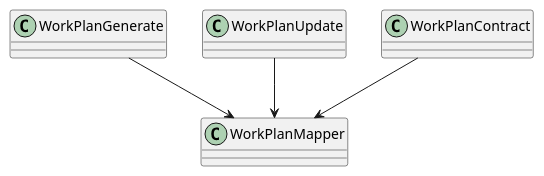
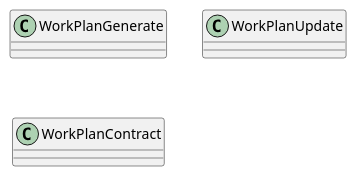
Before and after one commit to lucky-chen/ai_workflow_travel: the first of 4 diagrams in project_layer/docs/breakdown_docs/work_design.md, drawn with PlantUML. The commit also changed other lines of this file and 16 other files, not shown here.

````diff
--- a/project_layer/docs/breakdown_docs/work_design.md
+++ b/project_layer/docs/breakdown_docs/work_design.md
@@ -47,12 +49,7 @@
 ```plantuml
 @startuml
 class WorkPlanGenerate
 class WorkPlanUpdate
 class WorkPlanContract
-class WorkPlanMapper
-
-WorkPlanGenerate --> WorkPlanMapper
-WorkPlanUpdate --> WorkPlanMapper
-WorkPlanContract --> WorkPlanMapper
 @enduml
 ```
````
